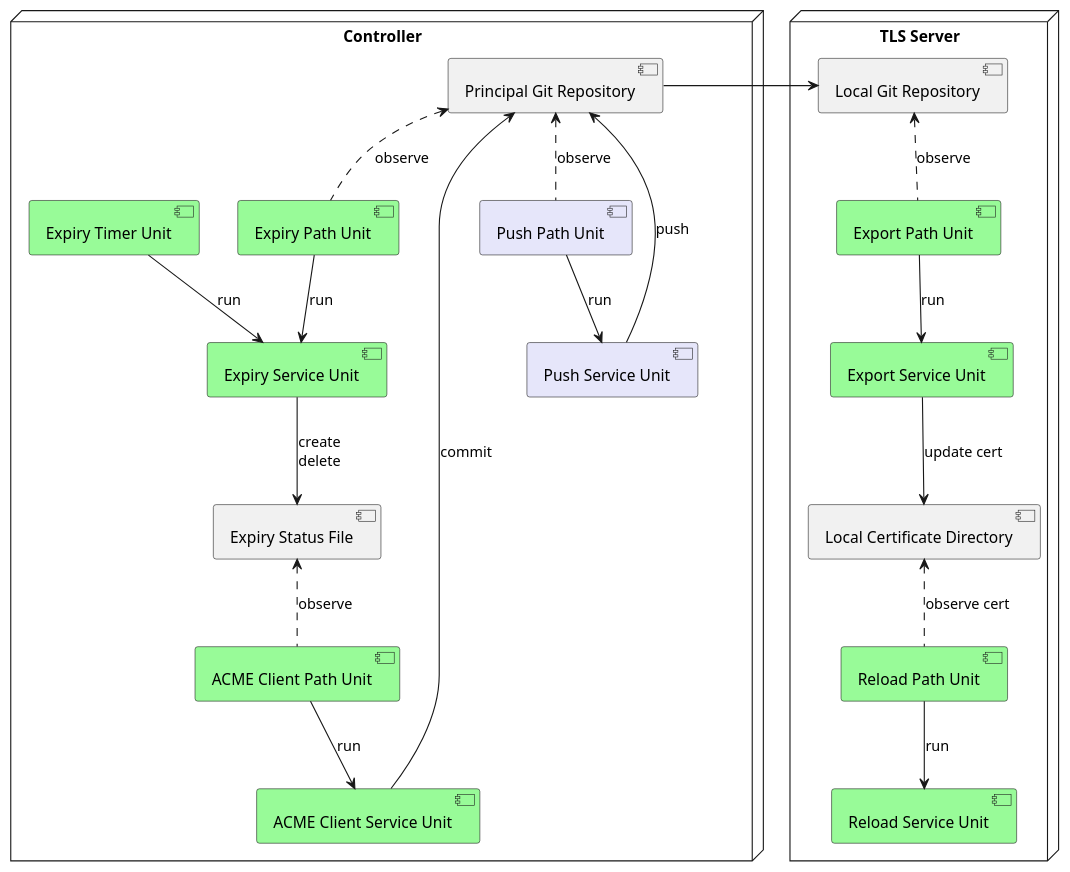
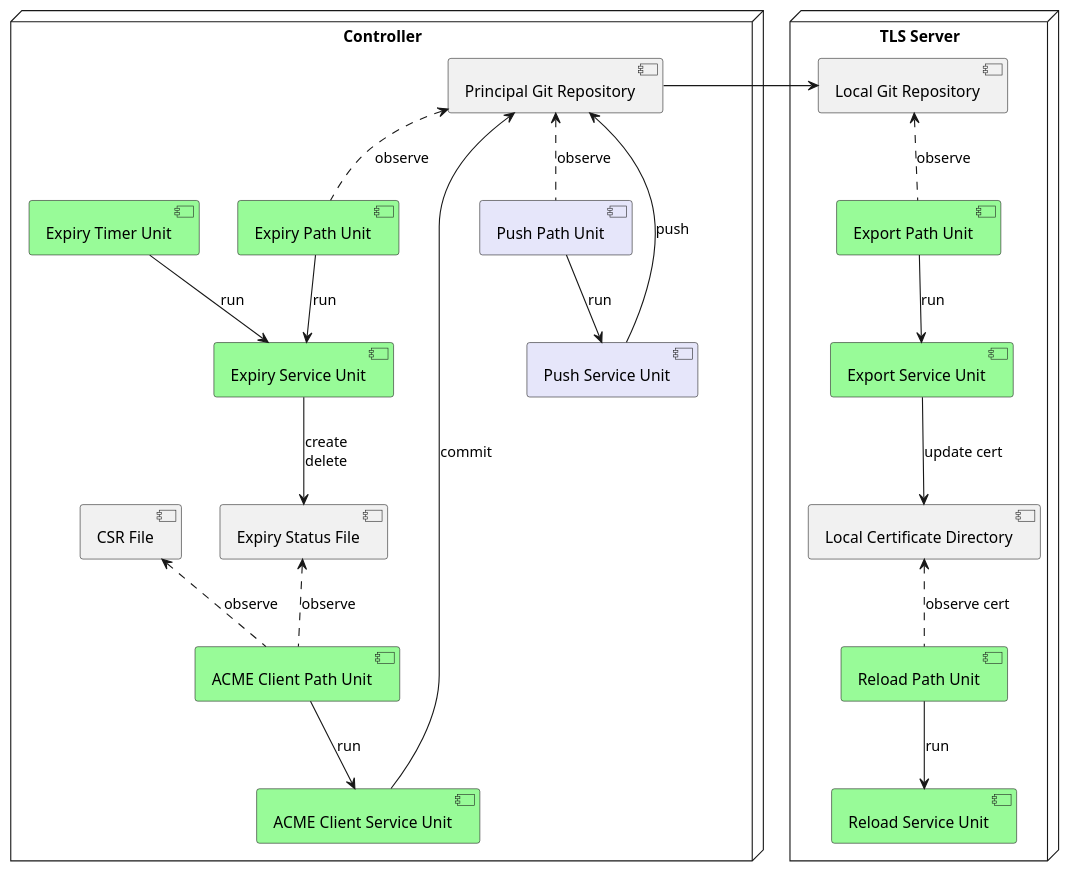
The second of 4 diagrams in doc/overview.rst (certhub/certhub), drawn with PlantUML before and after one commit. The commit also changed 7 other files, not shown here.

Commit message:
feat(systemd): Run acme client whenever CSR file changed

```diff
--- a/doc/overview.rst
+++ b/doc/overview.rst
@@ -75,39 +75,40 @@
 .. uml::
 
    node "Controller" {
       [Expiry Path Unit] #palegreen
       [Expiry Timer Unit] #palegreen
       [Expiry Service Unit] #palegreen
       [ACME Client Path Unit] #palegreen
       [ACME Client Service Unit] #palegreen
 
       [Principal Git Repository] <.. [Expiry Path Unit] : observe
       [Expiry Path Unit] --> [Expiry Service Unit] : run
       [Expiry Timer Unit] --> [Expiry Service Unit] : run
       [Expiry Service Unit] --> [Expiry Status File] : create\ndelete
+      [CSR File] <.. [ACME Client Path Unit] : observe
       [Expiry Status File] <.. [ACME Client Path Unit] : observe
       [ACME Client Path Unit] --> [ACME Client Service Unit] : run
       [Principal Git Repository] <-- [ACME Client Service Unit] : commit
 
       [Push Path Unit] #lavender
       [Push Service Unit] #lavender
 
       [Principal Git Repository] <.. [Push Path Unit] : observe
       [Push Path Unit] --> [Push Service Unit] : run
       [Principal Git Repository] <-- [Push Service Unit] : push
    }
 
    node "TLS Server" {
       [Export Path Unit] #palegreen
       [Export Service Unit] #palegreen
       [Reload Path Unit] #palegreen
       [Reload Service Unit] #palegreen
 
       [Local Git Repository] <.. [Export Path Unit] : observe
       [Export Path Unit] --> [Export Service Unit] : run
       [Export Service Unit] --> [Local Certificate Directory] : update cert
       [Local Certificate Directory] <.. [Reload Path Unit] : observe cert
       [Reload Path Unit] --> [Reload Service Unit] : run
    }
 
    [Principal Git Repository] -> [Local Git Repository]
```
